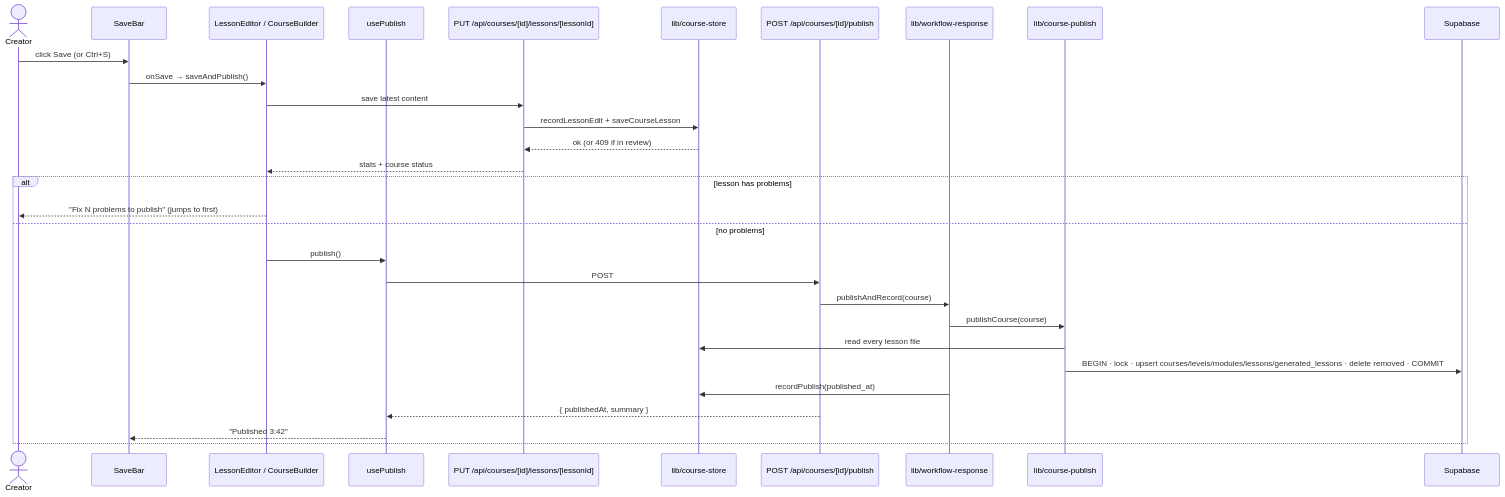
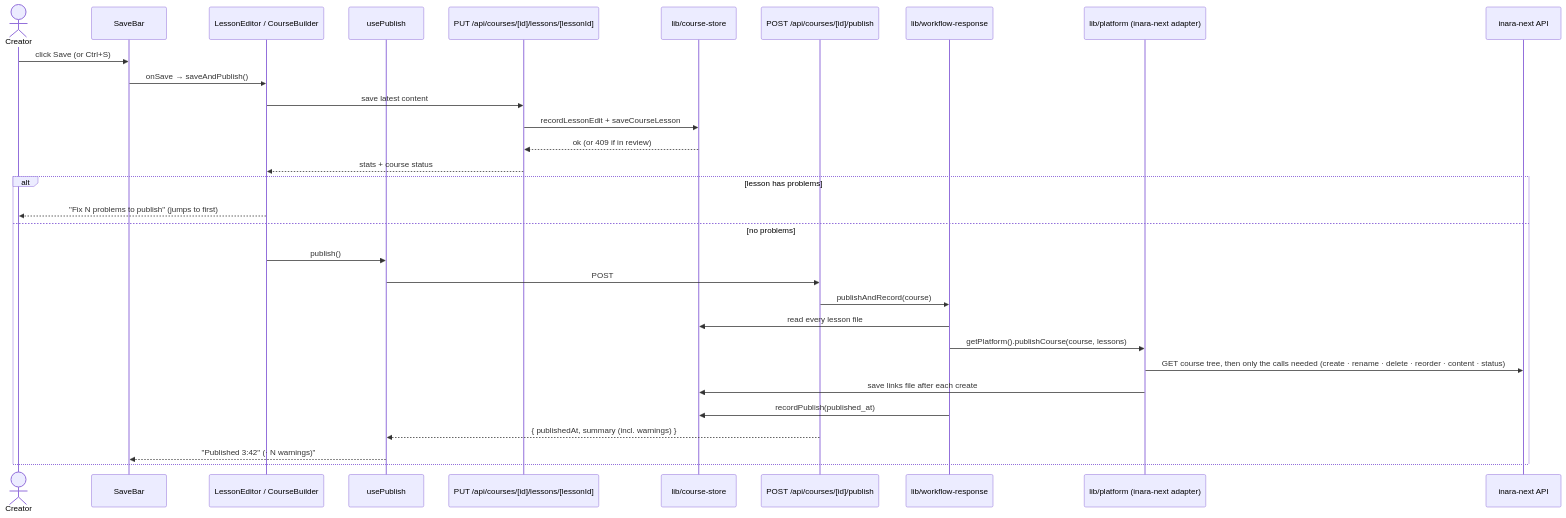
Before and after one commit to HafsaJavedPak/inarax-course-editor: the seventh of 7 diagrams in docs/ARCHITECTURE.md, drawn with Mermaid. The commit also changed other lines of this file and 99 other files, not shown here.

````diff
--- a/docs/ARCHITECTURE.md
+++ b/docs/ARCHITECTURE.md
@@ -288,33 +301,34 @@
 ```mermaid
 sequenceDiagram
     actor U as Creator
     participant SB as SaveBar
     participant LE as LessonEditor / CourseBuilder
     participant UP as usePublish
     participant LR as PUT /api/courses/[id]/lessons/[lessonId]
     participant ST as lib/course-store
     participant PR as POST /api/courses/[id]/publish
     participant WR as lib/workflow-response
-    participant CP as lib/course-publish
-    participant DB as Supabase
+    participant CP as lib/platform (inara-next adapter)
+    participant DB as inara-next API
 
     U->>SB: click Save (or Ctrl+S)
     SB->>LE: onSave → saveAndPublish()
     LE->>LR: save latest content
     LR->>ST: recordLessonEdit + saveCourseLesson
     ST-->>LR: ok (or 409 if in review)
     LR-->>LE: stats + course status
     alt lesson has problems
         LE-->>U: "Fix N problems to publish" (jumps to first)
     else no problems
         LE->>UP: publish()
         UP->>PR: POST
         PR->>WR: publishAndRecord(course)
-        WR->>CP: publishCourse(course)
-        CP->>ST: read every lesson file
-        CP->>DB: BEGIN · lock · upsert courses/levels/modules/lessons/generated_lessons · delete removed · COMMIT
+        WR->>ST: read every lesson file
+        WR->>CP: getPlatform().publishCourse(course, lessons)
+        CP->>DB: GET course tree, then only the calls needed (create · rename · delete · reorder · content · status)
+        CP->>ST: save links file after each create
         WR->>ST: recordPublish(published_at)
-        PR-->>UP: { publishedAt, summary }
-        UP-->>SB: "Published 3:42"
+        PR-->>UP: { publishedAt, summary (incl. warnings) }
+        UP-->>SB: "Published 3:42" (· N warnings)"
     end
 ```
````
